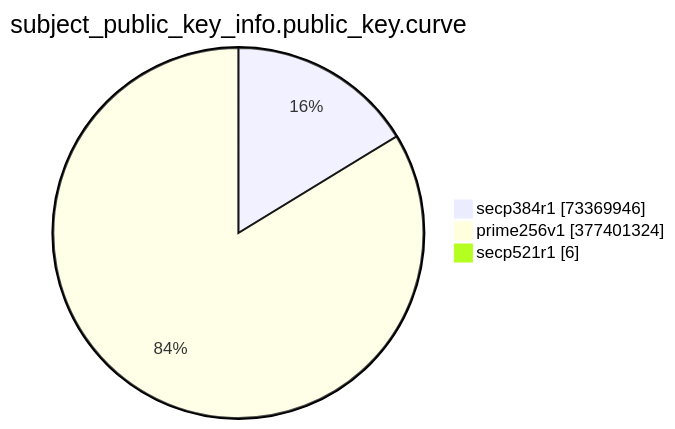
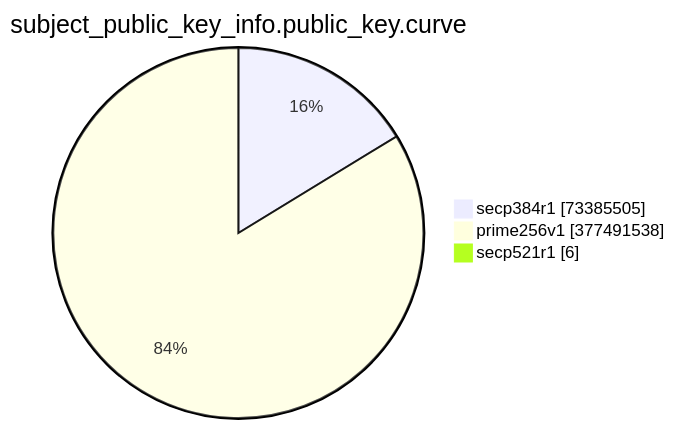
One commit to christiankrug/ctmonitor_visualization changed the eighth of 15 diagrams in TOTAL/README.md. Above: the diagram before and after it, drawn with Mermaid. The commit also changed other lines of this file, not shown here.

````diff
--- a/TOTAL/README.md
+++ b/TOTAL/README.md
@@ -3094,7 +3094,7 @@
 ```mermaid
 pie showData
 title subject_public_key_info.public_key.curve
-"secp384r1" :73369946
-"prime256v1" :377401324
+"secp384r1" :73385505
+"prime256v1" :377491538
 "secp521r1" :6
 ```
````
